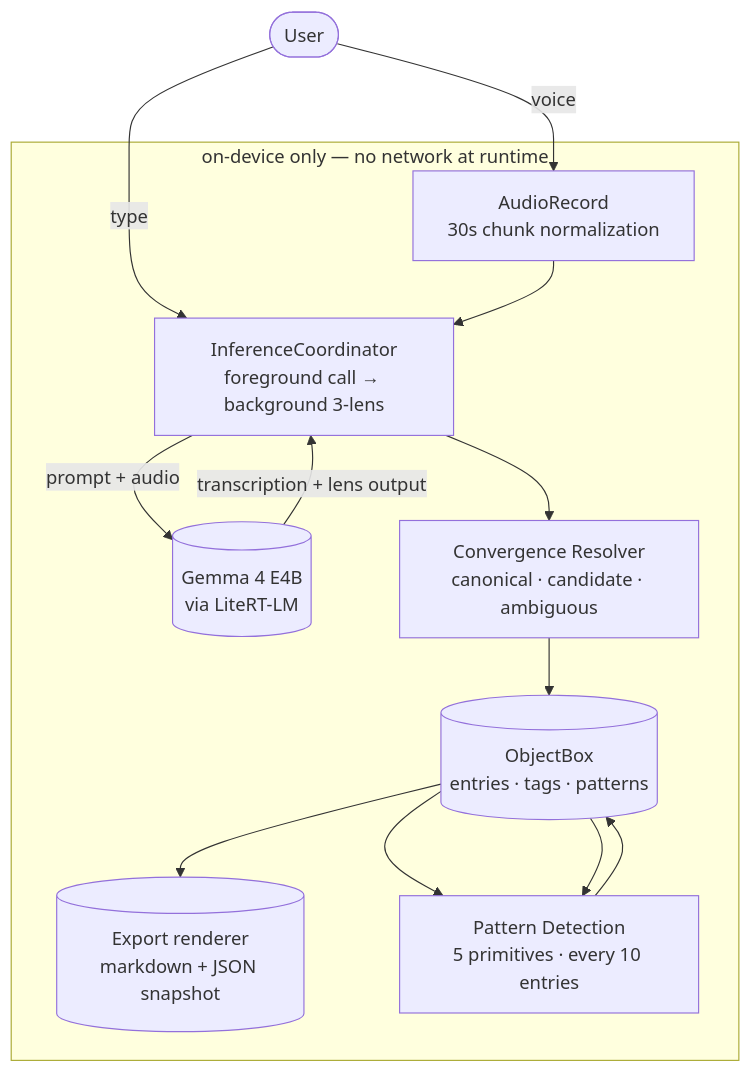
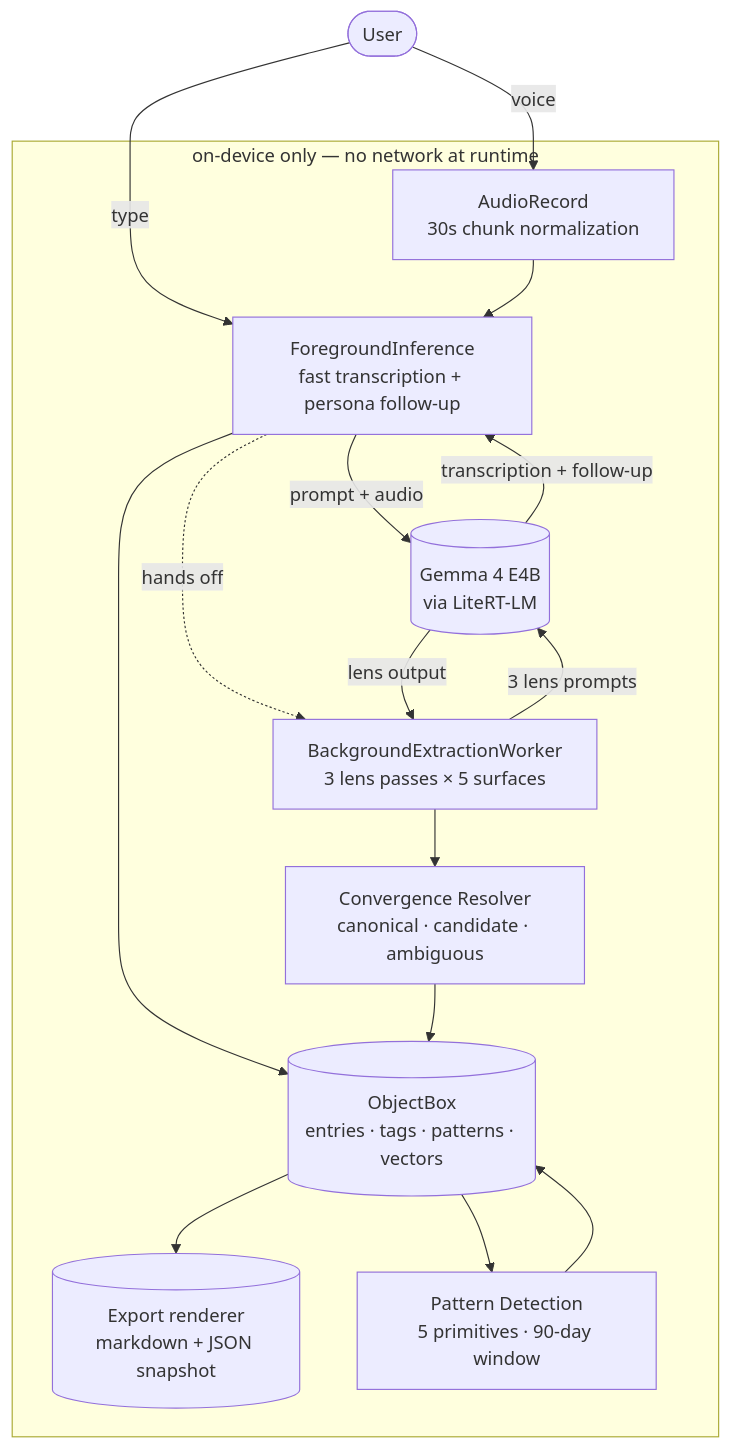
One commit to anchildress1/vestige changed the diagram in README.md. Above: the diagram before and after it, drawn with Mermaid. The commit also changed other lines of this file and 140 other files, not shown here.

First line of the commit message:
Phase 5: extraction-schema rebuild + demo seed tuning (#58)

````diff
--- a/README.md
+++ b/README.md
@@ -90,25 +88,29 @@
 ```mermaid
 flowchart TB
     User([User]) -- voice --> Audio
-    User -- type --> Coord
+    User -- type --> FG
 
     subgraph onDevice["on-device only — no network at runtime"]
       Audio["AudioRecord<br/>30s chunk normalization"]
-      Coord["InferenceCoordinator<br/>foreground call → background 3-lens"]
+      FG["ForegroundInference<br/>fast transcription + persona follow-up"]
+      BG["BackgroundExtractionWorker<br/>3 lens passes × 5 surfaces"]
       Gemma[("Gemma 4 E4B<br/>via LiteRT-LM")]
       Resolver["Convergence Resolver<br/>canonical · candidate · ambiguous"]
-      ObjectBox[("ObjectBox<br/>entries · tags · patterns")]
+      ObjectBox[("ObjectBox<br/>entries · tags · patterns · vectors")]
       Export[("Export renderer<br/>markdown + JSON snapshot")]
-      Patterns["Pattern Detection<br/>5 primitives · every 10 entries"]
+      Patterns["Pattern Detection<br/>5 primitives · 90-day window"]
 
-      Audio --> Coord
-      Coord -- "prompt + audio" --> Gemma
-      Gemma -- "transcription + lens output" --> Coord
-      Coord --> Resolver
+      Audio --> FG
+      FG -- "prompt + audio" --> Gemma
+      Gemma -- "transcription + follow-up" --> FG
+      FG --> ObjectBox
+      FG -. "hands off" .-> BG
+      BG -- "3 lens prompts" --> Gemma
+      Gemma -- "lens output" --> BG
+      BG --> Resolver
       Resolver --> ObjectBox
       ObjectBox --> Patterns
+      Patterns --> ObjectBox
       ObjectBox --> Export
-      ObjectBox --> Patterns
-      Patterns --> ObjectBox
     end
 ```
````
